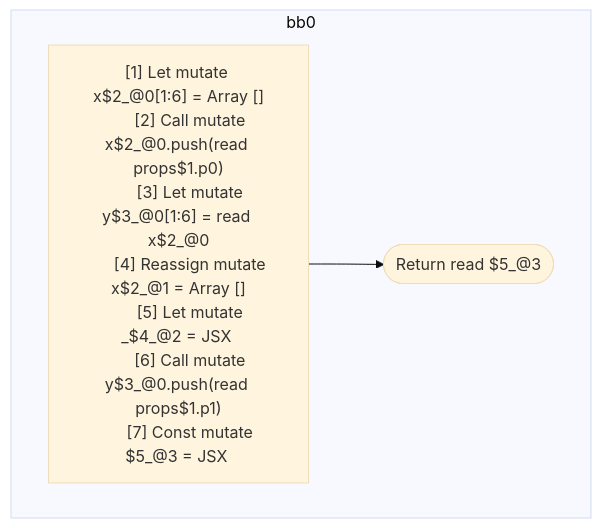
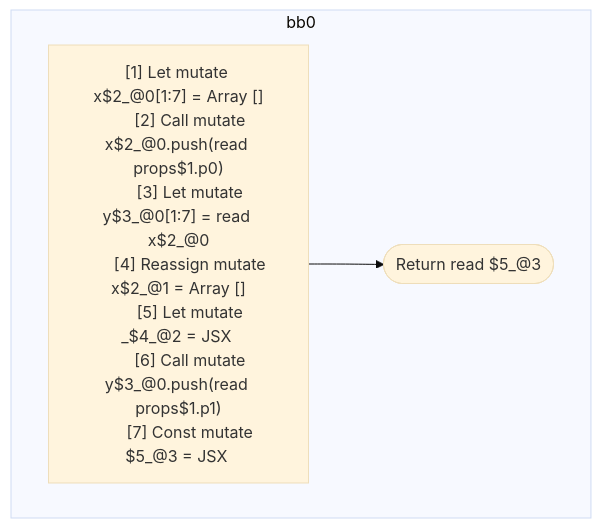
The diagram in compiler/forget/src/__tests__/fixtures/hir/reassignment.expect.md (wutsmog/private), drawn with Mermaid (base theme) before and after one commit. The commit also changed other lines of this file and 45 other files, not shown here.

````diff
--- a/compiler/forget/src/__tests__/fixtures/hir/reassignment.expect.md
+++ b/compiler/forget/src/__tests__/fixtures/hir/reassignment.expect.md
@@ -36,19 +36,19 @@
 ```mermaid
 flowchart TB
   %% Basic Blocks
   subgraph bb0
     bb0_instrs["
-      [1] Let mutate x$2_@0[1:6] = Array []
+      [1] Let mutate x$2_@0[1:7] = Array []
       [2] Call mutate x$2_@0.push(read props$1.p0)
-      [3] Let mutate y$3_@0[1:6] = read x$2_@0
+      [3] Let mutate y$3_@0[1:7] = read x$2_@0
       [4] Reassign mutate x$2_@1 = Array []
       [5] Let mutate _$4_@2 = JSX <read Component$0 x={freeze x$2_@1} ></read Component$0>
       [6] Call mutate y$3_@0.push(read props$1.p1)
       [7] Const mutate $5_@3 = JSX <read Component$0 x={read x$2_@1} y={freeze y$3_@0} ></read Component$0>
     "]
     bb0_instrs --> bb0_terminal(["Return read $5_@3"])
   end
 
   %% Jumps
   %% empty
 ```
````
